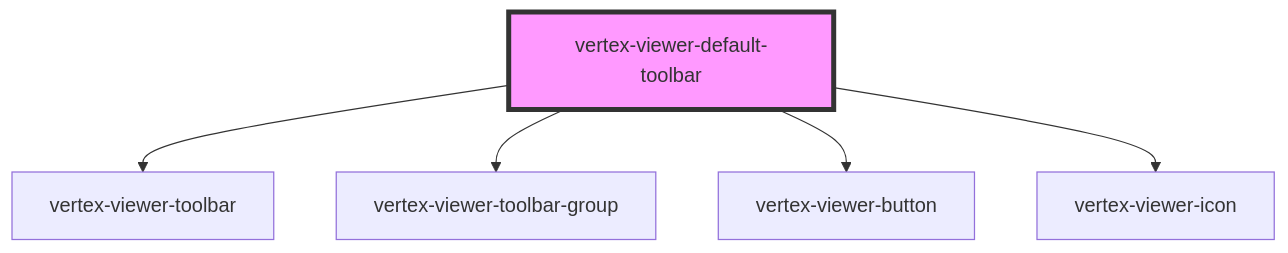
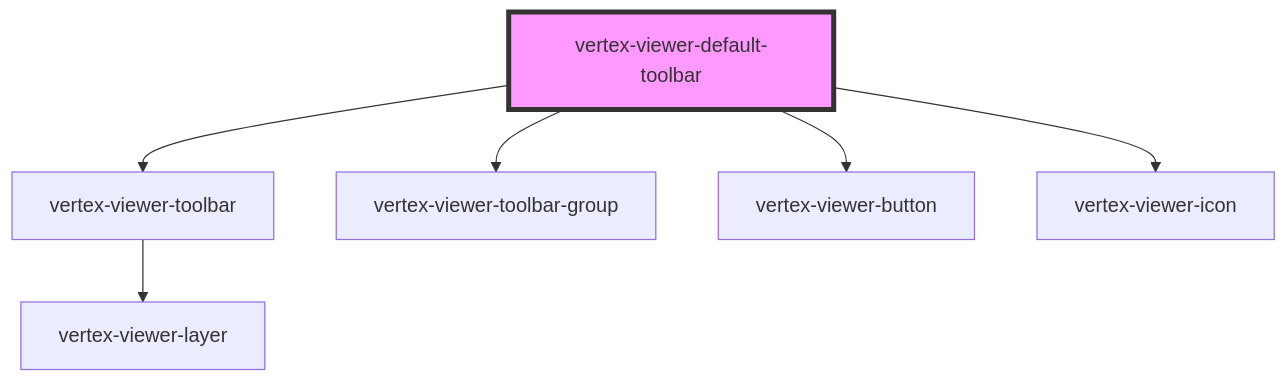
One commit to Vertexvis/vertex-web-sdk changed the diagram in packages/viewer/src/components/viewer-default-toolbar/readme.md. Above: the diagram before and after it, drawn with Mermaid. The commit also changed 4 other files, not shown here.

````diff
--- a/packages/viewer/src/components/viewer-default-toolbar/readme.md
+++ b/packages/viewer/src/components/viewer-default-toolbar/readme.md
@@ -92,8 +92,9 @@
 ```mermaid
 graph TD;
   vertex-viewer-default-toolbar --> vertex-viewer-toolbar
   vertex-viewer-default-toolbar --> vertex-viewer-toolbar-group
   vertex-viewer-default-toolbar --> vertex-viewer-button
   vertex-viewer-default-toolbar --> vertex-viewer-icon
+  vertex-viewer-toolbar --> vertex-viewer-layer
   style vertex-viewer-default-toolbar fill:#f9f,stroke:#333,stroke-width:4px
 ```
````
